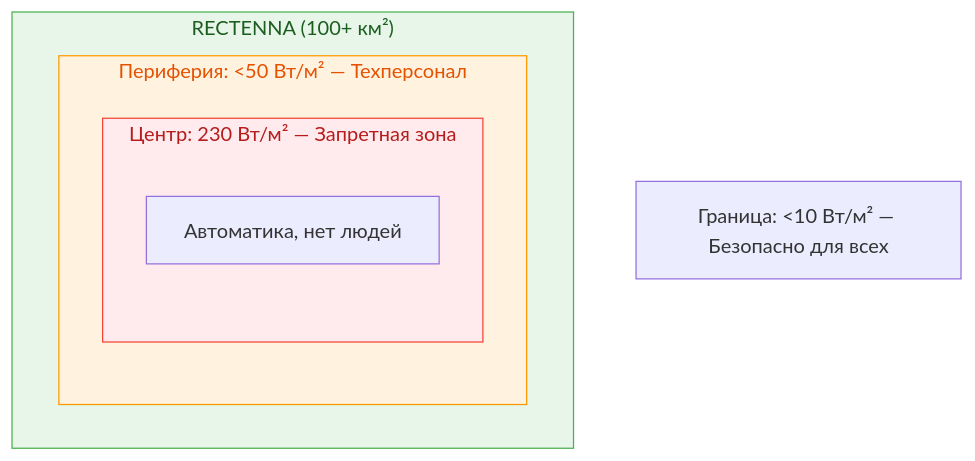
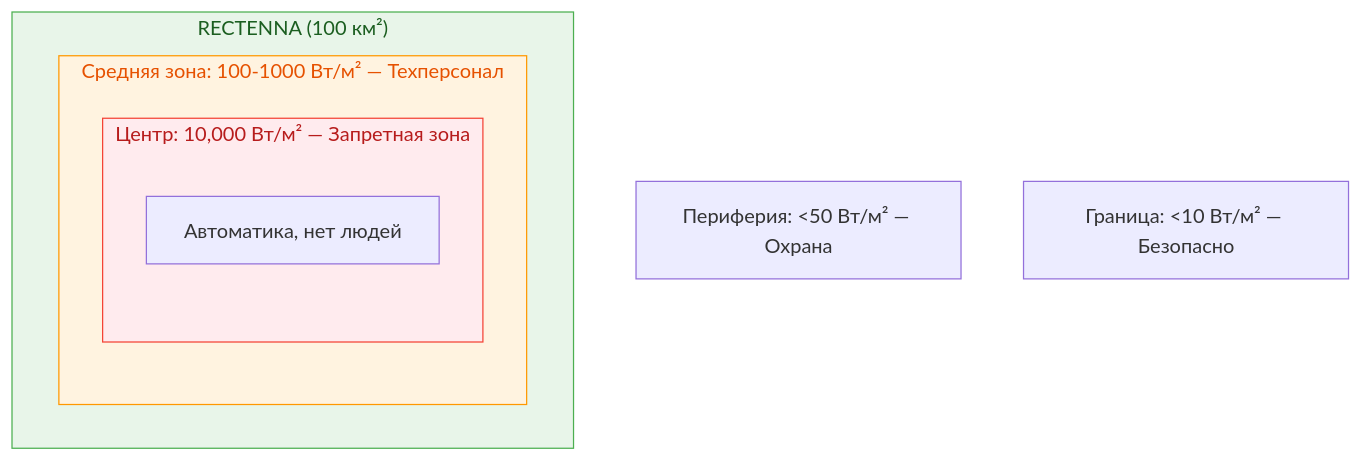
One commit to DmitryNasikanov/infinite-energy changed the third of 4 diagrams in ru/science/detailed/hub.qmd. Above: the diagram before and after it, drawn with Mermaid. The commit also changed other lines of this file and 134 other files, not shown here.

````diff
--- a/ru/science/detailed/hub.qmd
+++ b/ru/science/detailed/hub.qmd
@@ -317,15 +326,16 @@
 ```{mermaid}
 flowchart TB
-    subgraph rectenna["RECTENNA (100+ км²)"]
-        subgraph periphery["Периферия: <50 Вт/м² — Техперсонал"]
-            subgraph center["Центр: 230 Вт/м² — Запретная зона"]
+    subgraph rectenna["RECTENNA (100 км²)"]
+        subgraph mid["Средняя зона: 100-1000 Вт/м² — Техперсонал"]
+            subgraph center["Центр: 10,000 Вт/м² — Запретная зона"]
                 A["Автоматика, нет людей"]
             end
         end
     end
-    B["Граница: <10 Вт/м² — Безопасно для всех"]
+    B["Периферия: <50 Вт/м² — Охрана"]
+    C["Граница: <10 Вт/м² — Безопасно"]
 
     style rectenna fill:#E8F5E9,stroke:#4CAF50,color:#1B5E20
-    style periphery fill:#FFF3E0,stroke:#FF9800,color:#E65100
+    style mid fill:#FFF3E0,stroke:#FF9800,color:#E65100
     style center fill:#FFEBEE,stroke:#F44336,color:#B71C1C
 ```
````
